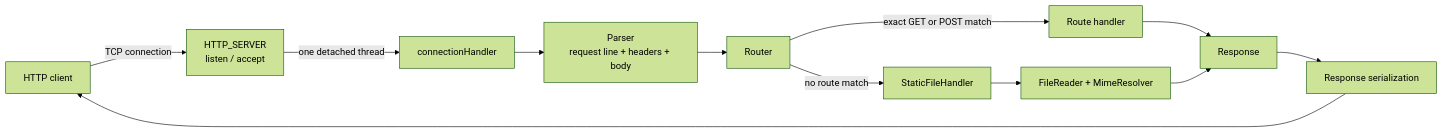
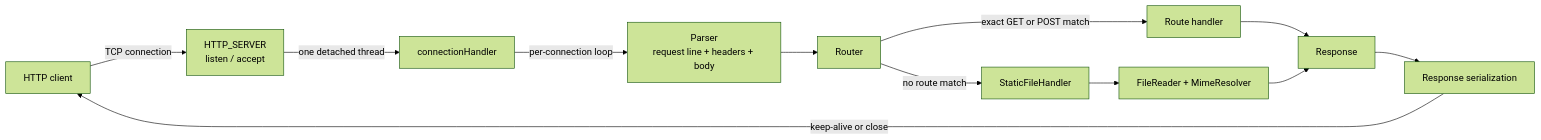
The diagram in README.md (KagE-Akumaa/http-server), drawn with Mermaid (forest theme) before and after one commit. The commit also changed other lines of this file and 4 other files, not shown here.

Commit message:
Support HTTP/1.1 keep-alive so clients can reuse one TCP connection.

````diff
--- a/README.md
+++ b/README.md
@@ -20,14 +21,14 @@
 ```mermaid
 flowchart LR
     C[HTTP client] -->|TCP connection| L[HTTP_SERVER\nlisten / accept]
     L -->|one detached thread| H[connectionHandler]
-    H --> P[Parser\nrequest line + headers + body]
+    H -->|per-connection loop| P[Parser\nrequest line + headers + body]
     P --> R[Router]
     R -->|exact GET or POST match| A[Route handler]
     R -->|no route match| S[StaticFileHandler]
     S --> F[FileReader + MimeResolver]
     A --> O[Response]
     F --> O
     O --> X[Response serialization]
-    X --> C
+    X -->|keep-alive or close| C
 ```
````
